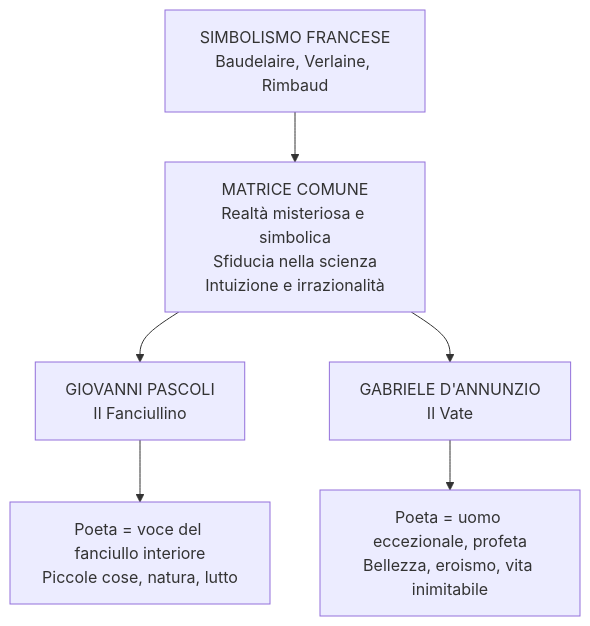
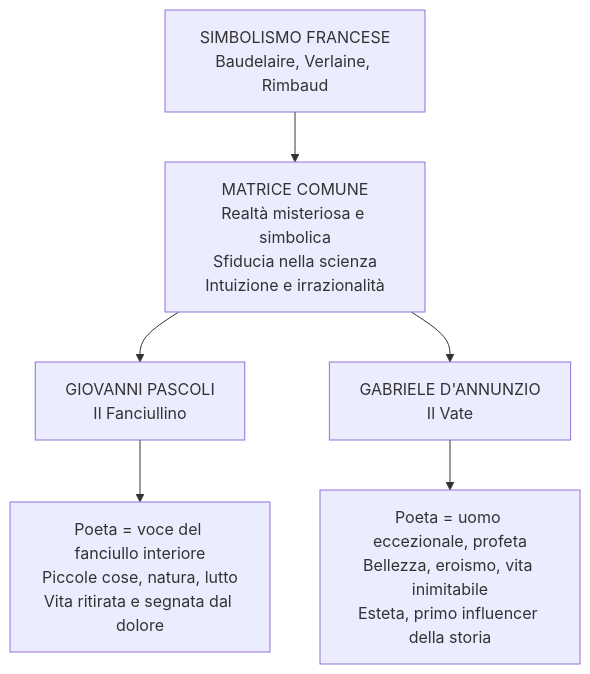
The third of 3 diagrams in italiano/decadentismo-simbolismo/riassunto.md (riccardo-algorime/appunti-5Bsa), drawn with Mermaid before and after one commit. The commit also changed other lines of this file and 7 other files, not shown here.

````diff
--- a/italiano/decadentismo-simbolismo/riassunto.md
+++ b/italiano/decadentismo-simbolismo/riassunto.md
@@ -216,8 +183,8 @@
 ```mermaid
 flowchart TD
     A[SIMBOLISMO FRANCESE<br/>Baudelaire, Verlaine, Rimbaud] --> B[MATRICE COMUNE<br/>Realtà misteriosa e simbolica<br/>Sfiducia nella scienza<br/>Intuizione e irrazionalità]
     B --> C[GIOVANNI PASCOLI<br/>Il Fanciullino]
     B --> D[GABRIELE D'ANNUNZIO<br/>Il Vate]
-    C --> E[Poeta = voce del fanciullo interiore<br/>Piccole cose, natura, lutto]
-    D --> F[Poeta = uomo eccezionale, profeta<br/>Bellezza, eroismo, vita inimitabile]
+    C --> E[Poeta = voce del fanciullo interiore<br/>Piccole cose, natura, lutto<br/>Vita ritirata e segnata dal dolore]
+    D --> F[Poeta = uomo eccezionale, profeta<br/>Bellezza, eroismo, vita inimitabile<br/>Esteta, primo influencer della storia]
 ```
````
